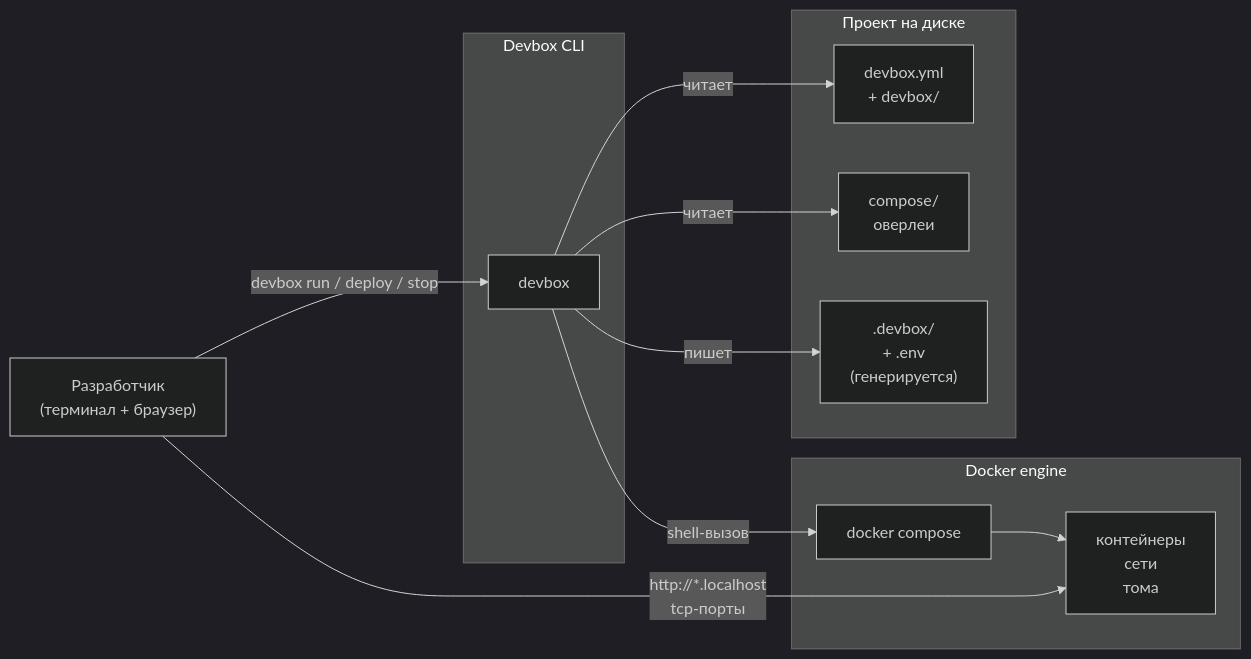
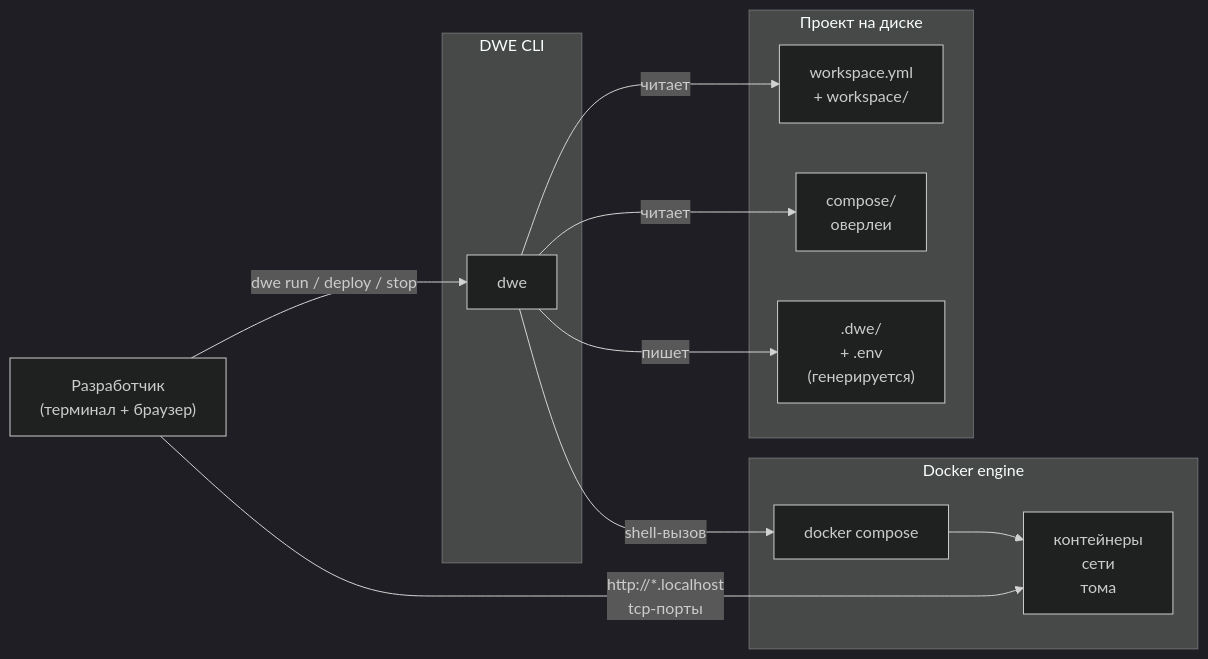
The first of 2 diagrams in docs/i18n/ru/reference/concepts/architecture.md (semsemyonoff/dwe), drawn with Mermaid (dark theme) before and after one commit. The commit also changed other lines of this file and 113 other files, not shown here.

First line of the commit message:
feat: Phase 4a+4b — update EN and RU docs for devbox→dwe rebrand

````diff
--- a/docs/i18n/ru/reference/concepts/architecture.md
+++ b/docs/i18n/ru/reference/concepts/architecture.md
@@ -20,27 +20,27 @@
 ```mermaid
 flowchart LR
   Dev["Разработчик<br/>(терминал + браузер)"]
 
   subgraph Project["Проект на диске"]
-    Cfg["devbox.yml<br/>+ devbox/"]
+    Cfg["workspace.yml<br/>+ workspace/"]
     Comp["compose/<br/>оверлеи"]
-    Gen[".devbox/<br/>+ .env<br/>(генерируется)"]
+    Gen[".dwe/<br/>+ .env<br/>(генерируется)"]
   end
 
-  subgraph DevboxBox["Devbox CLI"]
-    CLI["devbox"]
+  subgraph DWEBox["DWE CLI"]
+    CLI["dwe"]
   end
 
   subgraph Engine["Docker engine"]
     Compose["docker compose"]
     Containers["контейнеры<br/>сети<br/>тома"]
   end
 
-  Dev -->|"devbox run / deploy / stop"| CLI
+  Dev -->|"dwe run / deploy / stop"| CLI
   CLI -->|читает| Cfg
   CLI -->|читает| Comp
   CLI -->|пишет| Gen
   CLI -->|shell-вызов| Compose
   Compose --> Containers
   Dev -->|"http://*.localhost<br/>tcp-порты"| Containers
 ```
````
